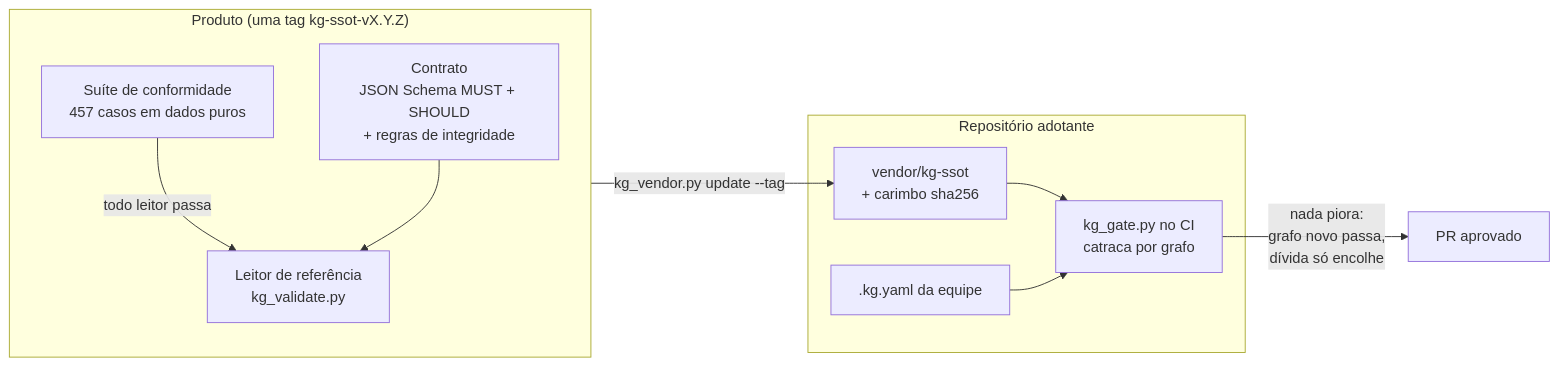
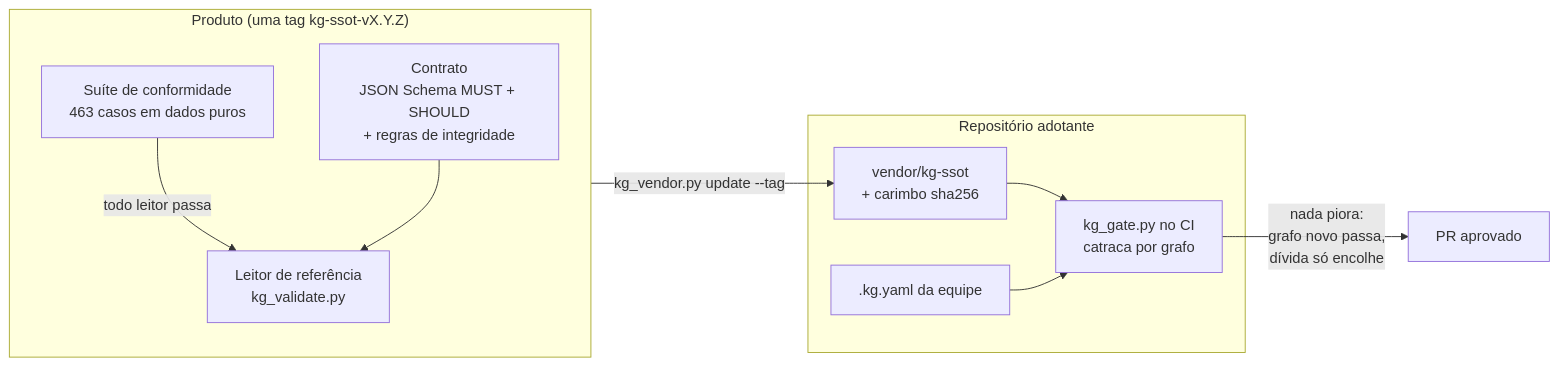
Before and after one commit to marciocar/kg-ssot: the diagram in README.pt-BR.md, drawn with Mermaid. The commit also changed other lines of this file and 55 other files, not shown here.

````diff
--- a/README.pt-BR.md
+++ b/README.pt-BR.md
@@ -139,19 +140,19 @@
 ```mermaid
 flowchart LR
   subgraph product["Produto (uma tag kg-ssot-vX.Y.Z)"]
     C["Contrato<br/>JSON Schema MUST + SHOULD<br/>+ regras de integridade"]
-    S["Suíte de conformidade<br/>457 casos em dados puros"]
+    S["Suíte de conformidade<br/>463 casos em dados puros"]
     R["Leitor de referência<br/>kg_validate.py"]
     S -- "todo leitor passa" --> R
     C --> R
   end
   subgraph adopter["Repositório adotante"]
     V["vendor/kg-ssot<br/>+ carimbo sha256"]
     G["kg_gate.py no CI<br/>catraca por grafo"]
     K[".kg.yaml da equipe"]
     V --> G
     K --> G
   end
   product -- "kg_vendor.py update --tag" --> V
   G -- "nada piora:<br/>grafo novo passa,<br/>dívida só encolhe" --> PR["PR aprovado"]
 ```
````
